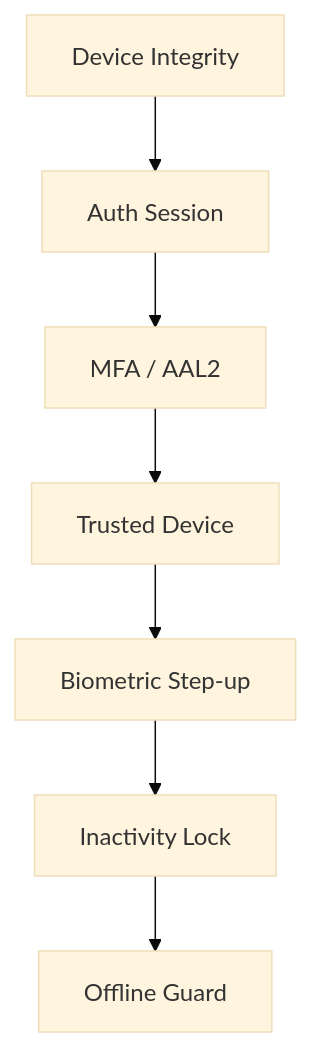
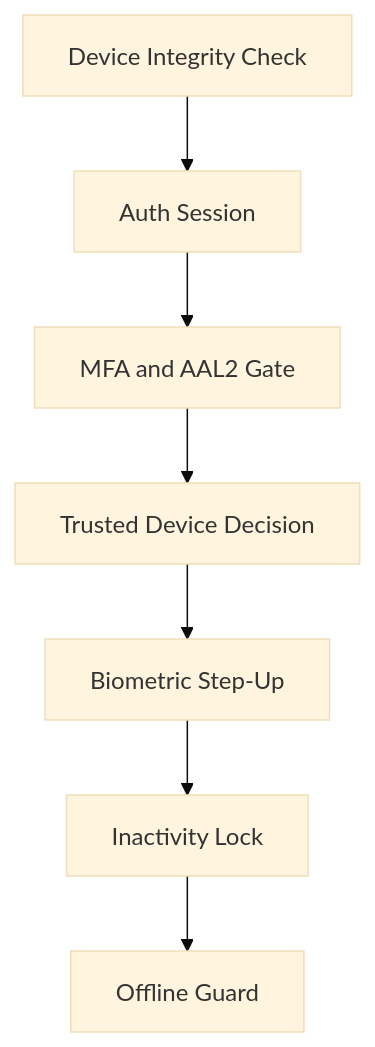
One commit to muhammadanas656/daktarpi changed the diagram in docs/03_security.md. Above: the diagram before and after it, drawn with Mermaid (base theme). The commit also changed other lines of this file and 81 other files, not shown here.

````diff
--- a/docs/03_security.md
+++ b/docs/03_security.md
@@ -7,9 +7,9 @@
 ```mermaid
 graph TD
-    A[Device Integrity] --> B[Auth Session]
-    B --> C[MFA / AAL2]
-    C --> D[Trusted Device]
-    D --> E[Biometric Step-up]
+    A[Device Integrity Check] --> B[Auth Session]
+    B --> C[MFA and AAL2 Gate]
+    C --> D[Trusted Device Decision]
+    D --> E[Biometric Step-Up]
     E --> F[Inactivity Lock]
     F --> G[Offline Guard]
 ```
````
